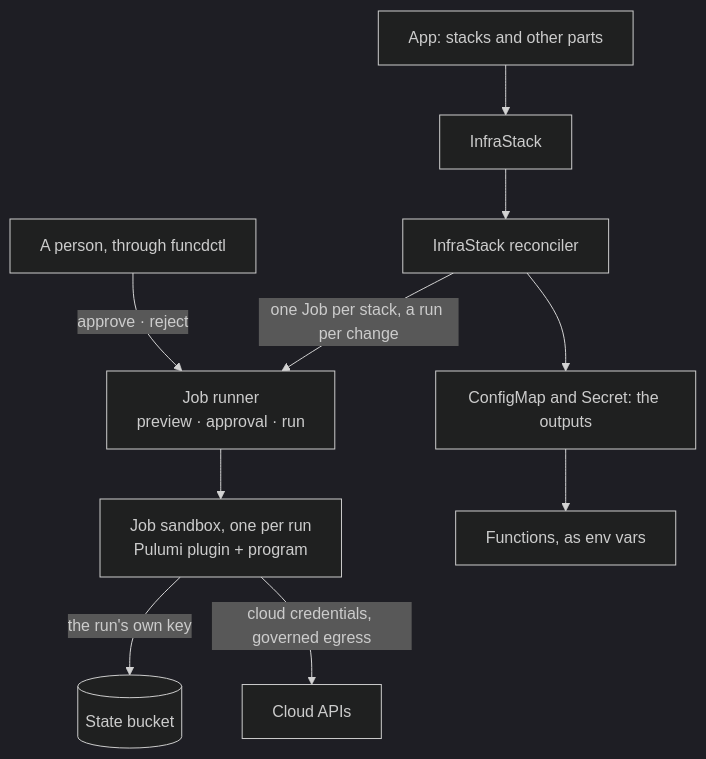
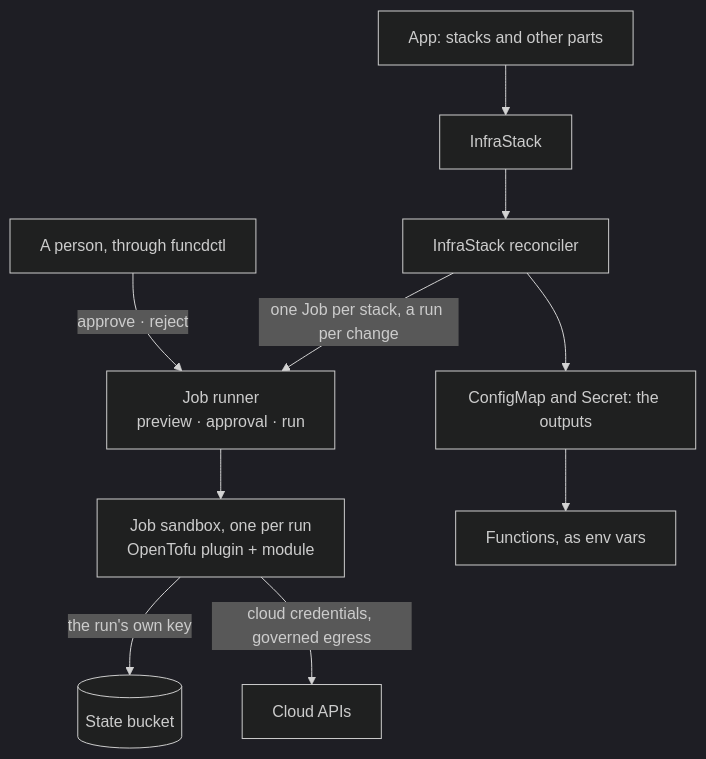
The second of 2 diagrams in docs/feat/0012-feat-infrastack.md (pyvvo/funcd), drawn with Mermaid (dark theme) before and after one commit. The commit also changed other lines of this file and 3 other files, not shown here.

First line of the commit message:
docs(feat): FEAT-0012 runs OpenTofu modules in place of Pulumi programs

````diff
--- a/docs/feat/0012-feat-infrastack.md
+++ b/docs/feat/0012-feat-infrastack.md
@@ -104,12 +105,12 @@
 ```mermaid
 flowchart TB
     APP["App: stacks and other parts"] --> STACK["InfraStack"]
     STACK --> REC["InfraStack reconciler"]
     REC -->|"one Job per stack, a run per change"| RUNNER["Job runner<br/>preview · approval · run"]
     PERSON["A person, through funcdctl"] -->|"approve · reject"| RUNNER
-    RUNNER --> SBX["Job sandbox, one per run<br/>Pulumi plugin + program"]
+    RUNNER --> SBX["Job sandbox, one per run<br/>OpenTofu plugin + module"]
     SBX -->|"the run's own key"| STATE[("State bucket")]
     SBX -->|"cloud credentials, governed egress"| CLOUD["Cloud APIs"]
     REC --> OUT["ConfigMap and Secret: the outputs"]
     OUT --> FN["Functions, as env vars"]
 ```
````
